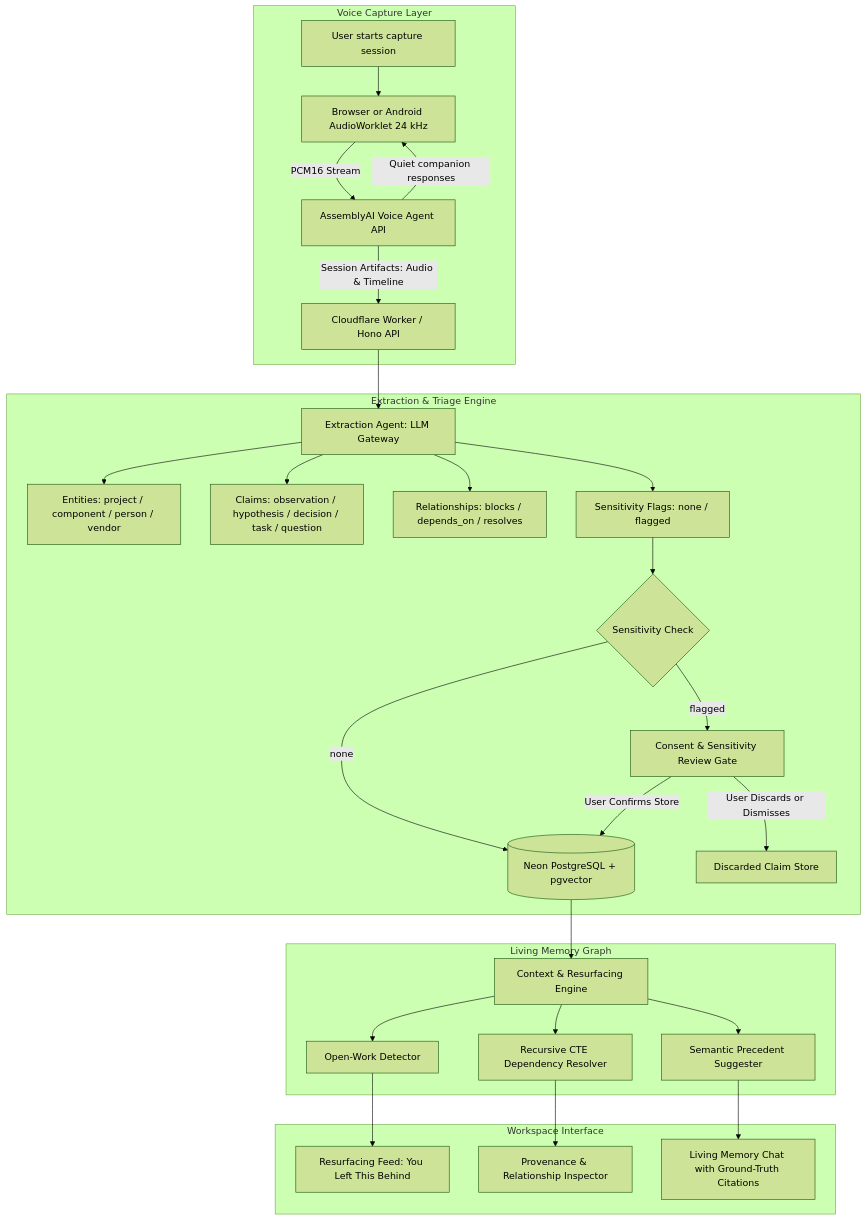
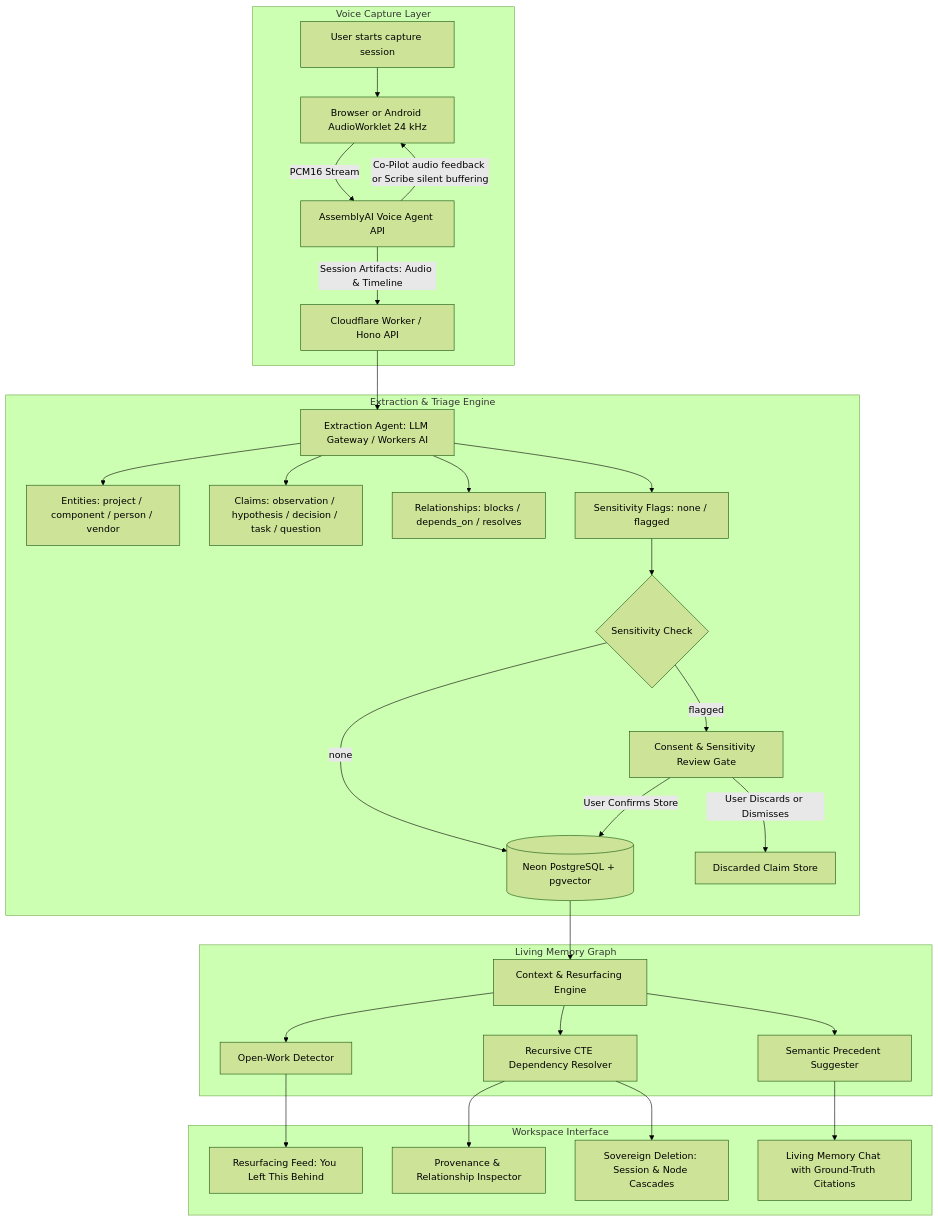
One commit to Erebuzzz/Muninn changed the first of 6 diagrams in README.md. Above: the diagram before and after it, drawn with Mermaid (forest theme). The commit also changed other lines of this file and 3 other files, not shown here.

Commit message:
Update docs, system design diagrams, and add submission banner

````diff
--- a/README.md
+++ b/README.md
@@ -47,35 +53,36 @@
 ```mermaid
 flowchart TD
     subgraph Capture [Voice Capture Layer]
         A[User starts capture session] --> B[Browser or Android AudioWorklet 24 kHz]
         B -->|PCM16 Stream| C[AssemblyAI Voice Agent API]
-        C -->|Quiet companion responses| B
+        C -->|Co-Pilot audio feedback or Scribe silent buffering| B
         C -->|Session Artifacts: Audio & Timeline| D[Cloudflare Worker / Hono API]
     end
 
     subgraph Extraction [Extraction & Triage Engine]
-        D --> E[Extraction Agent: LLM Gateway]
+        D --> E[Extraction Agent: LLM Gateway / Workers AI]
         E --> F1[Entities: project / component / person / vendor]
         E --> F2[Claims: observation / hypothesis / decision / task / question]
         E --> F3[Relationships: blocks / depends_on / resolves]
         E --> F4[Sensitivity Flags: none / flagged]
         F4 --> G{Sensitivity Check}
         G -->|none| H[(Neon PostgreSQL + pgvector)]
         G -->|flagged| I[Consent & Sensitivity Review Gate]
         I -->|User Confirms Store| H
         I -->|User Discards or Dismisses| J[Discarded Claim Store]
     end
 
     subgraph MemoryEngine [Living Memory Graph]
         H --> K[Context & Resurfacing Engine]
         K --> L1[Open-Work Detector]
         K --> L2[Recursive CTE Dependency Resolver]
         K --> L3[Semantic Precedent Suggester]
     end
 
     subgraph UserInterface [Workspace Interface]
         L1 --> M1[Resurfacing Feed: You Left This Behind]
         L2 --> M2[Provenance & Relationship Inspector]
         L3 --> M3[Living Memory Chat with Ground-Truth Citations]
+        L2 --> M4[Sovereign Deletion: Session & Node Cascades]
     end
 ```
````
